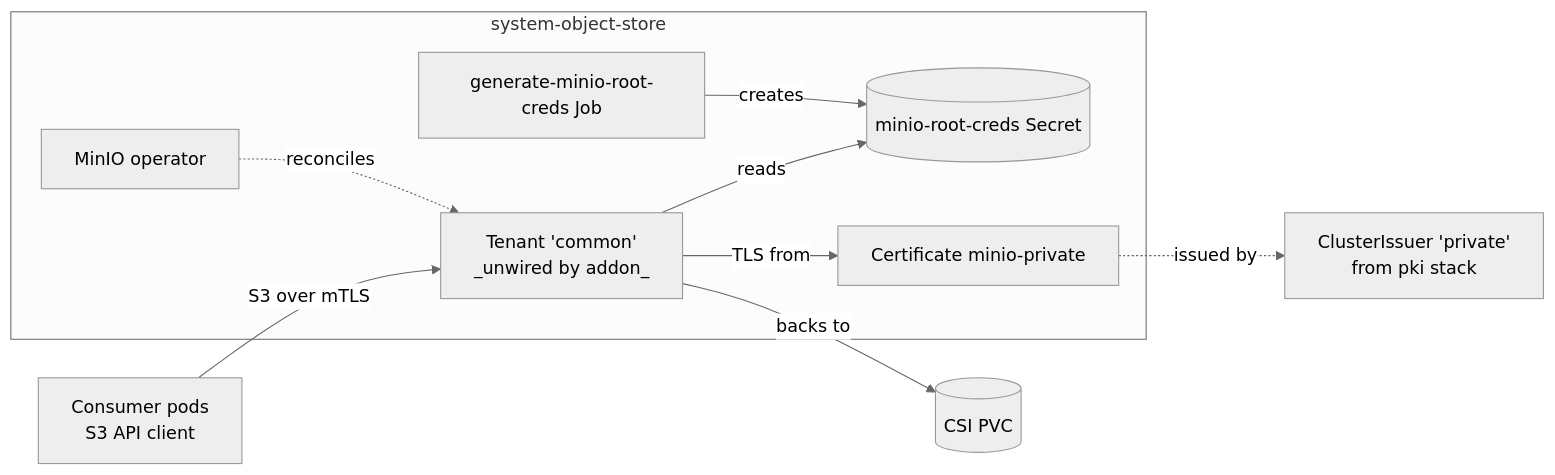
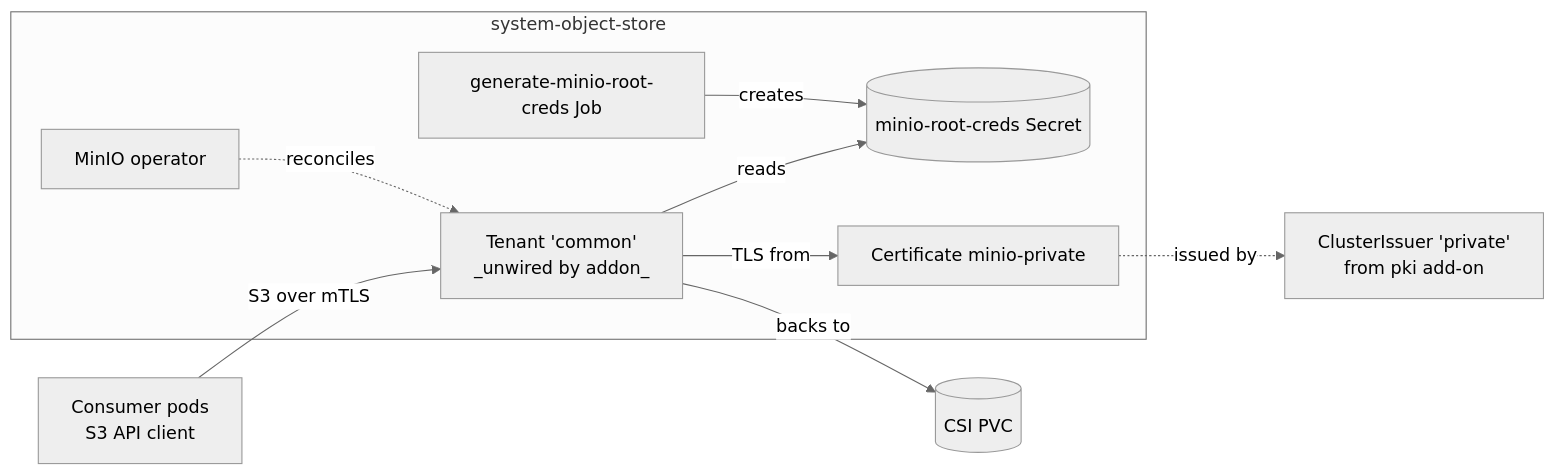
Before and after one commit to windsorcli/core: the diagram in kustomize/object-store/README.md, drawn with Mermaid (neutral theme). The commit also changed other lines of this file and 14 other files, not shown here.

````diff
--- a/kustomize/object-store/README.md
+++ b/kustomize/object-store/README.md
@@ -23,24 +23,24 @@
 ```mermaid
 flowchart LR
     consumer[Consumer pods<br/>S3 API client]
 
     subgraph systemobjectstore[system-object-store]
         operator[MinIO operator]
         tenant[Tenant 'common'<br/>_unwired by addon_]
         secret[(minio-root-creds Secret)]
         cert[Certificate minio-private]
         job[generate-minio-root-creds Job]
     end
 
     csi[(CSI PVC)]
-    issuer[ClusterIssuer 'private'<br/>from pki stack]
+    issuer[ClusterIssuer 'private'<br/>from pki add-on]
 
     job -->|creates| secret
     cert -.issued by.-> issuer
     operator -.reconciles.-> tenant
     tenant -->|reads| secret
     tenant -->|TLS from| cert
     tenant -->|backs to| csi
 
     consumer -->|S3 over mTLS| tenant
 ```
````
